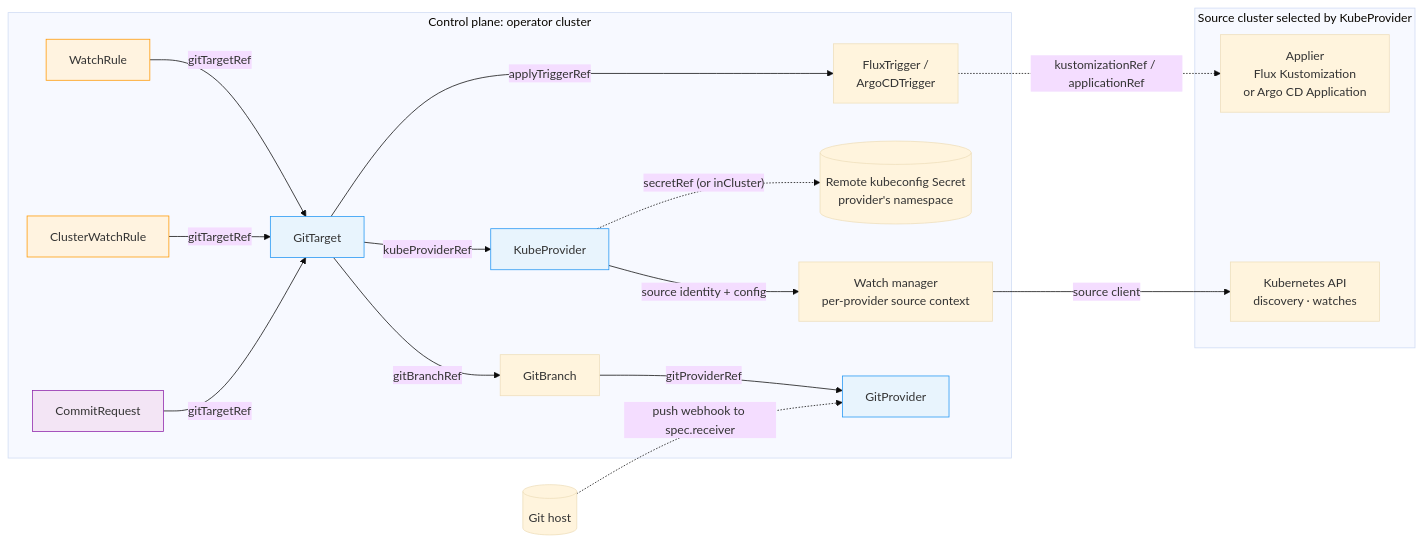
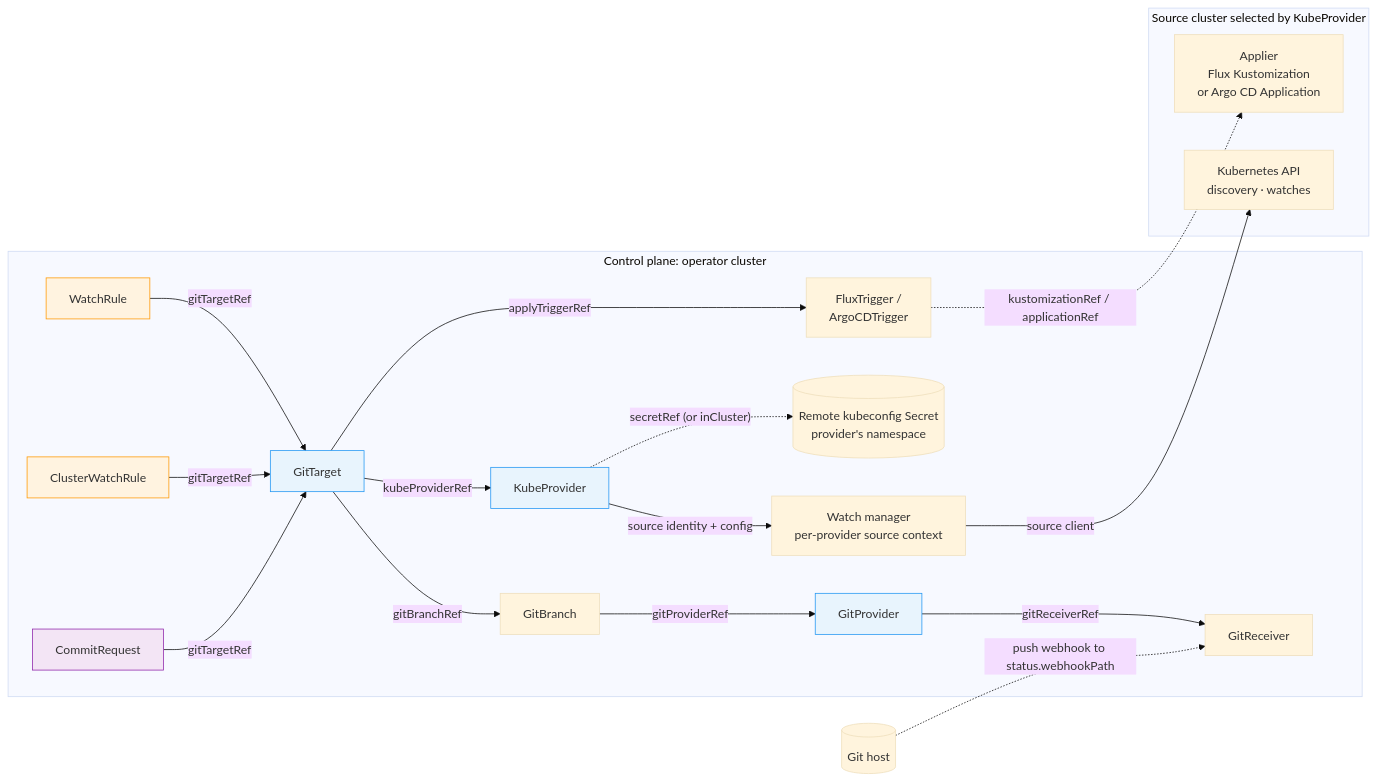
One commit to ConfigButler/gitops-reverser changed the first of 6 diagrams in docs/architecture.md. Above: the diagram before and after it, drawn with Mermaid (base theme). The commit also changed other lines of this file and 22 other files, not shown here.

First line of the commit message:
docs: describe GitReceiver, and move the chart and e2e to it

````diff
--- a/docs/architecture.md
+++ b/docs/architecture.md
@@ -284,34 +287,35 @@
 ```mermaid
 graph LR
     subgraph CONTROL["Control plane: operator cluster"]
         WR[WatchRule] -->|gitTargetRef| GT[GitTarget]
         CWR[ClusterWatchRule] -->|gitTargetRef| GT
         CR[CommitRequest] -->|gitTargetRef| GT
         GT -->|applyTriggerRef| TR["FluxTrigger /\nArgoCDTrigger"]
         GT -->|kubeProviderRef| CP[KubeProvider]
         GT -->|gitBranchRef| GB[GitBranch]
         GB -->|gitProviderRef| GP[GitProvider]
+        GP -->|gitReceiverRef| GR[GitReceiver]
         KCFG[("Remote kubeconfig Secret\nprovider's namespace")]
         WM["Watch manager\nper-provider source context"]
     end
 
     subgraph SOURCE["Source cluster selected by KubeProvider"]
         API["Kubernetes API\ndiscovery · watches"]
         APPLIER["Applier\nFlux Kustomization\nor Argo CD Application"]
     end
 
     HOST[("Git host")]
 
     CP -. "secretRef (or inCluster)" .-> KCFG
     CP -->|"source identity + config"| WM
     WM -->|"source client"| API
     TR -. "kustomizationRef / applicationRef" .-> APPLIER
-    HOST -. "push webhook to spec.receiver" .-> GP
+    HOST -. "push webhook to status.webhookPath" .-> GR
 
     style GP fill:#e8f4fd,stroke:#2196f3
     style CP fill:#e8f4fd,stroke:#2196f3
     style GT fill:#e8f4fd,stroke:#2196f3
     style WR fill:#fff3e0,stroke:#ff9800
     style CWR fill:#fff3e0,stroke:#ff9800
     style CR fill:#f3e5f5,stroke:#8e24aa
 ```
````
